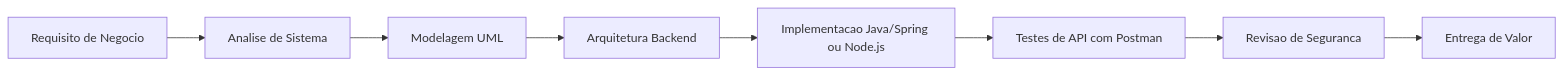
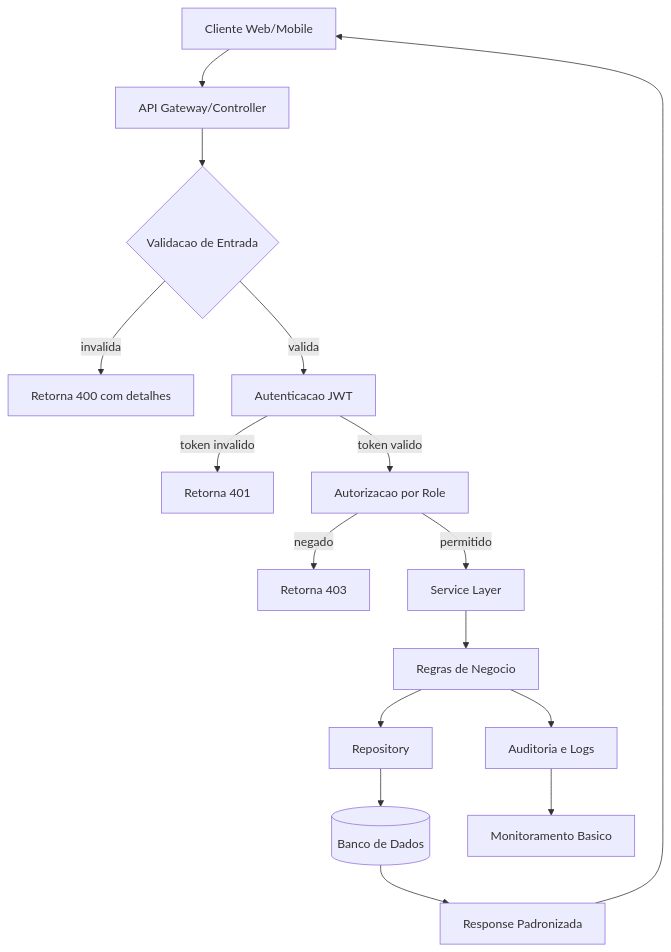
One commit to 5inco-dev/5inco-dev changed the diagram in README.md. Above: the diagram before and after it, drawn with Mermaid. The commit also changed other lines of this file, not shown here.

Commit message:
feat: revamp profile readme with technical backend engineering positioning

````diff
--- a/README.md
+++ b/README.md
@@ -59,10 +86,18 @@
 ```mermaid
-flowchart LR
-    A[Requisito de Negocio] --> B[Analise de Sistema]
-    B --> C[Modelagem UML]
-    C --> D[Arquitetura Backend]
-    D --> E[Implementacao Java/Spring ou Node.js]
-    E --> F[Testes de API com Postman]
-    F --> G[Revisao de Seguranca]
-    G --> H[Entrega de Valor]
+flowchart TD
+    A[Cliente Web/Mobile] --> B[API Gateway/Controller]
+    B --> C{Validacao de Entrada}
+    C -- invalida --> D[Retorna 400 com detalhes]
+    C -- valida --> E[Autenticacao JWT]
+    E -- token invalido --> F[Retorna 401]
+    E -- token valido --> G[Autorizacao por Role]
+    G -- negado --> H[Retorna 403]
+    G -- permitido --> I[Service Layer]
+    I --> J[Regras de Negocio]
+    J --> K[Repository]
+    K --> L[(Banco de Dados)]
+    J --> M[Auditoria e Logs]
+    M --> N[Monitoramento Basico]
+    L --> O[Response Padronizada]
+    O --> A
 ```
````
